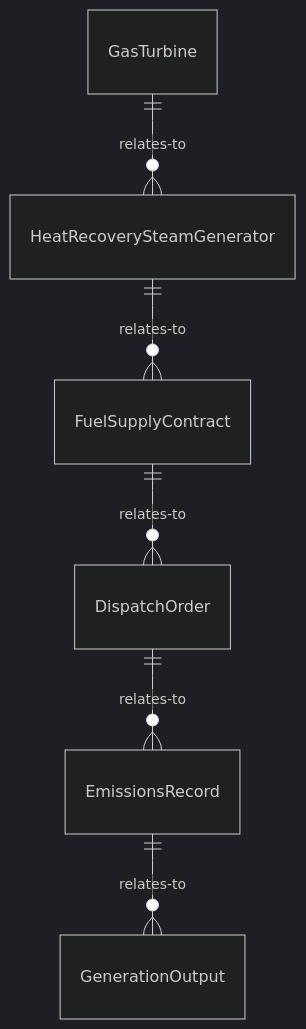
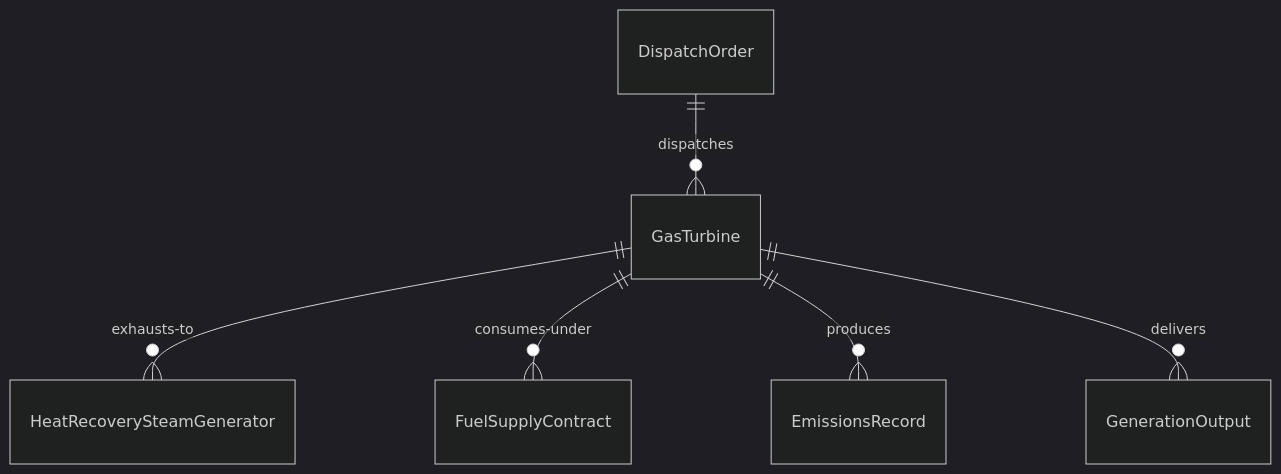
The first of 4 diagrams in ControllingMachinesAndProcesses/OperateEnergyProductionOrDistributionEquipment/OperateNaturalGasGenerationEquipment.mdx (dot-org-ai/tasks.org.ai), drawn with Mermaid (dark theme) before and after one commit. The commit also changed other lines of this file and 515 other files, not shown here.

````diff
--- a/ControllingMachinesAndProcesses/OperateEnergyProductionOrDistributionEquipment/OperateNaturalGasGenerationEquipment.mdx
+++ b/ControllingMachinesAndProcesses/OperateEnergyProductionOrDistributionEquipment/OperateNaturalGasGenerationEquipment.mdx
@@ -87,8 +87,8 @@
 ```mermaid
 erDiagram
-    GasTurbine ||--o{ HeatRecoverySteamGenerator : relates-to
-    HeatRecoverySteamGenerator ||--o{ FuelSupplyContract : relates-to
-    FuelSupplyContract ||--o{ DispatchOrder : relates-to
-    DispatchOrder ||--o{ EmissionsRecord : relates-to
-    EmissionsRecord ||--o{ GenerationOutput : relates-to
+    GasTurbine ||--o{ HeatRecoverySteamGenerator : exhausts-to
+    GasTurbine ||--o{ FuelSupplyContract : consumes-under
+    DispatchOrder ||--o{ GasTurbine : dispatches
+    GasTurbine ||--o{ EmissionsRecord : produces
+    GasTurbine ||--o{ GenerationOutput : delivers
 ```
````
